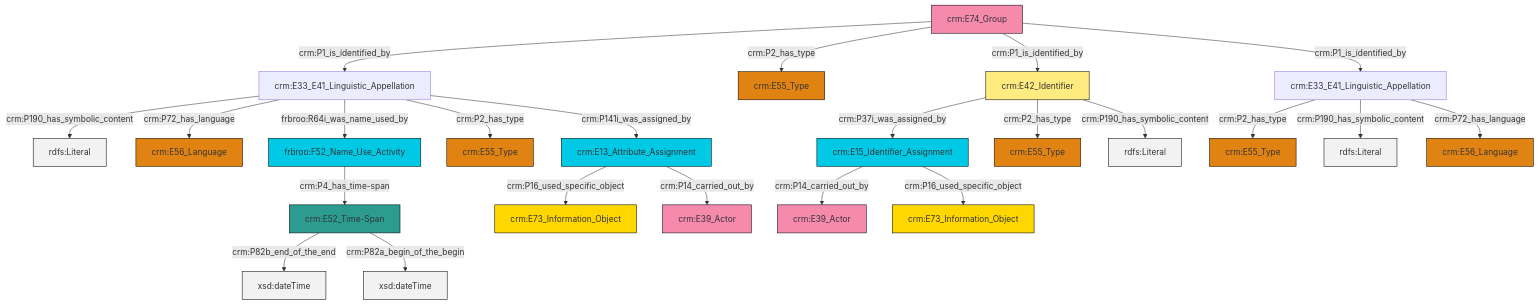
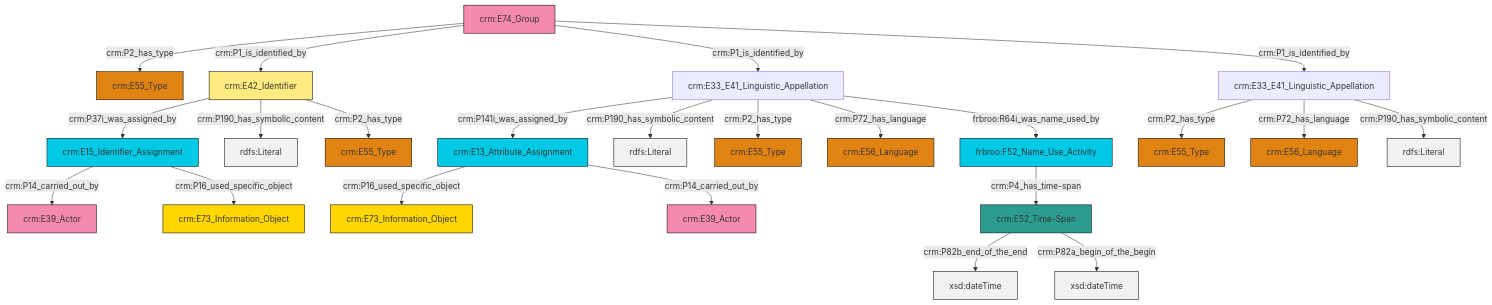
One commit to swiss-art-research-net/docs.swissartresearch changed the diagram in et/groupCSV/ttl/mmd/group_name.ttl.mmd. Above: the diagram before and after it, drawn with Mermaid. The commit also changed 177 other files, not shown here.

```diff
--- a/et/groupCSV/ttl/mmd/group_name.ttl.mmd
+++ b/et/groupCSV/ttl/mmd/group_name.ttl.mmd
@@ -1,37 +1,37 @@
 graph TD
 classDef Literal fill:#f2f2f2,stroke:#000000;
 classDef CRM_Entity fill:#FFFFFF,stroke:#000000;
 classDef Temporal_Entity fill:#00C9E6, stroke:#000000;
 classDef Type fill:#E18312, stroke:#000000;
 classDef Time-Span fill:#2C9C91, stroke:#000000;
 classDef Appellation fill:#FFEB7F, stroke:#000000;
 classDef Place fill:#008836, stroke:#000000;
 classDef Persistent_Item fill:#B266B2, stroke:#000000;
 classDef Conceptual_Object fill:#FFD700, stroke:#000000;
 classDef Physical_Thing fill:#D2B48C, stroke:#000000;
 classDef Actor fill:#f58aad, stroke:#000000;
 classDef PC_Classes fill:#4ce600, stroke:#000000;
 classDef Multi fill:#cccccc,stroke:#000000;
 
+0["crm:E13_Attribute_Assignment"]:::Temporal_Entity -->|crm:P16_used_specific_object| 1["crm:E73_Information_Object"]:::Conceptual_Object
 2["crm:E33_E41_Linguistic_Appellation"]:::Default -->|crm:P2_has_type| 3["crm:E55_Type"]:::Type
-8["crm:E33_E41_Linguistic_Appellation"]:::Default -->|crm:P190_has_symbolic_content| 9[rdfs:Literal]:::Literal
-10["crm:E74_Group"]:::Actor -->|crm:P1_is_identified_by| 8["crm:E33_E41_Linguistic_Appellation"]:::Default
-10["crm:E74_Group"]:::Actor -->|crm:P2_has_type| 16["crm:E55_Type"]:::Type
-2["crm:E33_E41_Linguistic_Appellation"]:::Default -->|crm:P190_has_symbolic_content| 17[rdfs:Literal]:::Literal
-8["crm:E33_E41_Linguistic_Appellation"]:::Default -->|crm:P72_has_language| 21["crm:E56_Language"]:::Type
-22["crm:E15_Identifier_Assignment"]:::Temporal_Entity -->|crm:P14_carried_out_by| 24["crm:E39_Actor"]:::Actor
-25["crm:E13_Attribute_Assignment"]:::Temporal_Entity -->|crm:P16_used_specific_object| 6["crm:E73_Information_Object"]:::Conceptual_Object
-10["crm:E74_Group"]:::Actor -->|crm:P1_is_identified_by| 0["crm:E42_Identifier"]:::Appellation
-10["crm:E74_Group"]:::Actor -->|crm:P1_is_identified_by| 2["crm:E33_E41_Linguistic_Appellation"]:::Default
-25["crm:E13_Attribute_Assignment"]:::Temporal_Entity -->|crm:P14_carried_out_by| 19["crm:E39_Actor"]:::Actor
-14["frbroo:F52_Name_Use_Activity"]:::Temporal_Entity -->|crm:P4_has_time-span| 4["crm:E52_Time-Span"]:::Time-Span
-0["crm:E42_Identifier"]:::Appellation -->|crm:P37i_was_assigned_by| 22["crm:E15_Identifier_Assignment"]:::Temporal_Entity
-2["crm:E33_E41_Linguistic_Appellation"]:::Default -->|crm:P72_has_language| 29["crm:E56_Language"]:::Type
-4["crm:E52_Time-Span"]:::Time-Span -->|crm:P82b_end_of_the_end| 32[xsd:dateTime]:::Literal
-22["crm:E15_Identifier_Assignment"]:::Temporal_Entity -->|crm:P16_used_specific_object| 27["crm:E73_Information_Object"]:::Conceptual_Object
-8["crm:E33_E41_Linguistic_Appellation"]:::Default -->|frbroo:R64i_was_name_used_by| 14["frbroo:F52_Name_Use_Activity"]:::Temporal_Entity
-8["crm:E33_E41_Linguistic_Appellation"]:::Default -->|crm:P2_has_type| 30["crm:E55_Type"]:::Type
-0["crm:E42_Identifier"]:::Appellation -->|crm:P2_has_type| 33["crm:E55_Type"]:::Type
-8["crm:E33_E41_Linguistic_Appellation"]:::Default -->|crm:P141i_was_assigned_by| 25["crm:E13_Attribute_Assignment"]:::Temporal_Entity
-4["crm:E52_Time-Span"]:::Time-Span -->|crm:P82a_begin_of_the_begin| 39[xsd:dateTime]:::Literal
-0["crm:E42_Identifier"]:::Appellation -->|crm:P190_has_symbolic_content| 40[rdfs:Literal]:::Literal
+2["crm:E33_E41_Linguistic_Appellation"]:::Default -->|crm:P72_has_language| 13["crm:E56_Language"]:::Type
+16["crm:E74_Group"]:::Actor -->|crm:P2_has_type| 17["crm:E55_Type"]:::Type
+8["crm:E33_E41_Linguistic_Appellation"]:::Default -->|crm:P141i_was_assigned_by| 0["crm:E13_Attribute_Assignment"]:::Temporal_Entity
+6["crm:E52_Time-Span"]:::Time-Span -->|crm:P82b_end_of_the_end| 18[xsd:dateTime]:::Literal
+19["frbroo:F52_Name_Use_Activity"]:::Temporal_Entity -->|crm:P4_has_time-span| 6["crm:E52_Time-Span"]:::Time-Span
+4["crm:E42_Identifier"]:::Appellation -->|crm:P37i_was_assigned_by| 20["crm:E15_Identifier_Assignment"]:::Temporal_Entity
+8["crm:E33_E41_Linguistic_Appellation"]:::Default -->|crm:P190_has_symbolic_content| 22[rdfs:Literal]:::Literal
+2["crm:E33_E41_Linguistic_Appellation"]:::Default -->|crm:P190_has_symbolic_content| 23[rdfs:Literal]:::Literal
+8["crm:E33_E41_Linguistic_Appellation"]:::Default -->|crm:P2_has_type| 26["crm:E55_Type"]:::Type
+4["crm:E42_Identifier"]:::Appellation -->|crm:P190_has_symbolic_content| 27[rdfs:Literal]:::Literal
+6["crm:E52_Time-Span"]:::Time-Span -->|crm:P82a_begin_of_the_begin| 28[xsd:dateTime]:::Literal
+0["crm:E13_Attribute_Assignment"]:::Temporal_Entity -->|crm:P14_carried_out_by| 31["crm:E39_Actor"]:::Actor
+16["crm:E74_Group"]:::Actor -->|crm:P1_is_identified_by| 4["crm:E42_Identifier"]:::Appellation
+16["crm:E74_Group"]:::Actor -->|crm:P1_is_identified_by| 8["crm:E33_E41_Linguistic_Appellation"]:::Default
+16["crm:E74_Group"]:::Actor -->|crm:P1_is_identified_by| 2["crm:E33_E41_Linguistic_Appellation"]:::Default
+8["crm:E33_E41_Linguistic_Appellation"]:::Default -->|crm:P72_has_language| 14["crm:E56_Language"]:::Type
+8["crm:E33_E41_Linguistic_Appellation"]:::Default -->|frbroo:R64i_was_name_used_by| 19["frbroo:F52_Name_Use_Activity"]:::Temporal_Entity
+4["crm:E42_Identifier"]:::Appellation -->|crm:P2_has_type| 36["crm:E55_Type"]:::Type
+20["crm:E15_Identifier_Assignment"]:::Temporal_Entity -->|crm:P14_carried_out_by| 29["crm:E39_Actor"]:::Actor
+20["crm:E15_Identifier_Assignment"]:::Temporal_Entity -->|crm:P16_used_specific_object| 39["crm:E73_Information_Object"]:::Conceptual_Object
```
